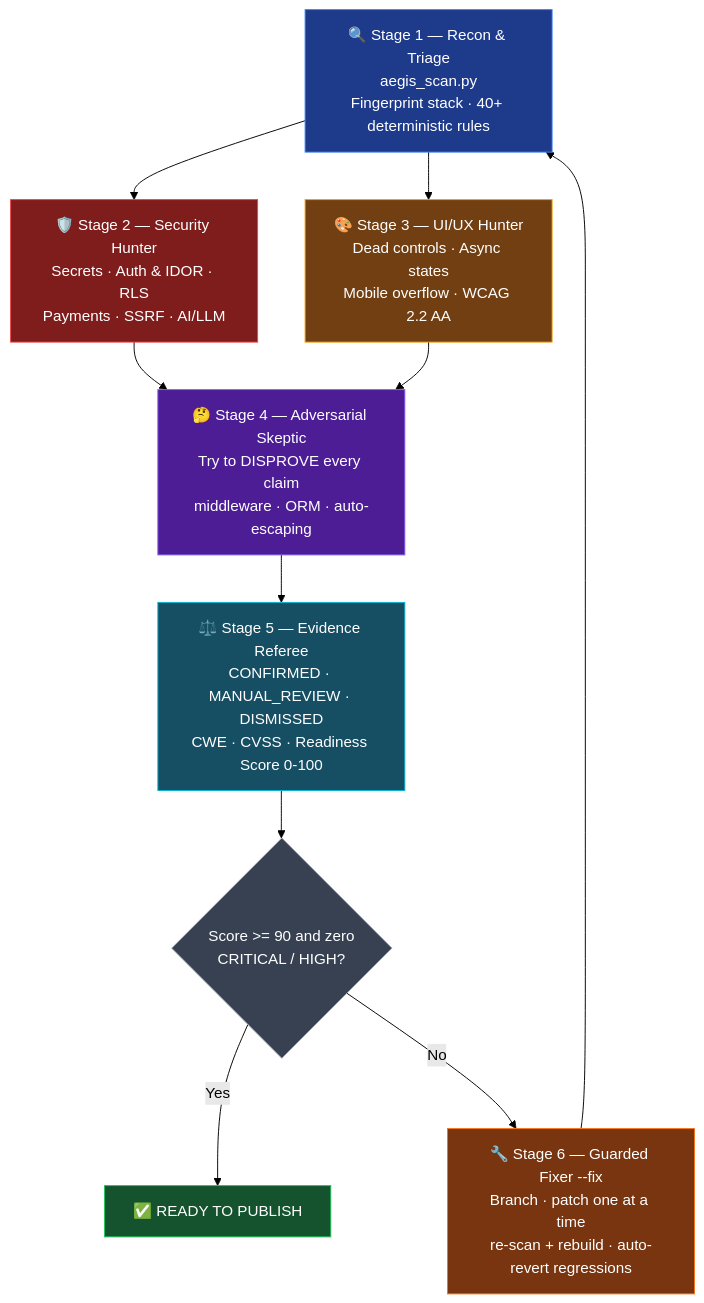
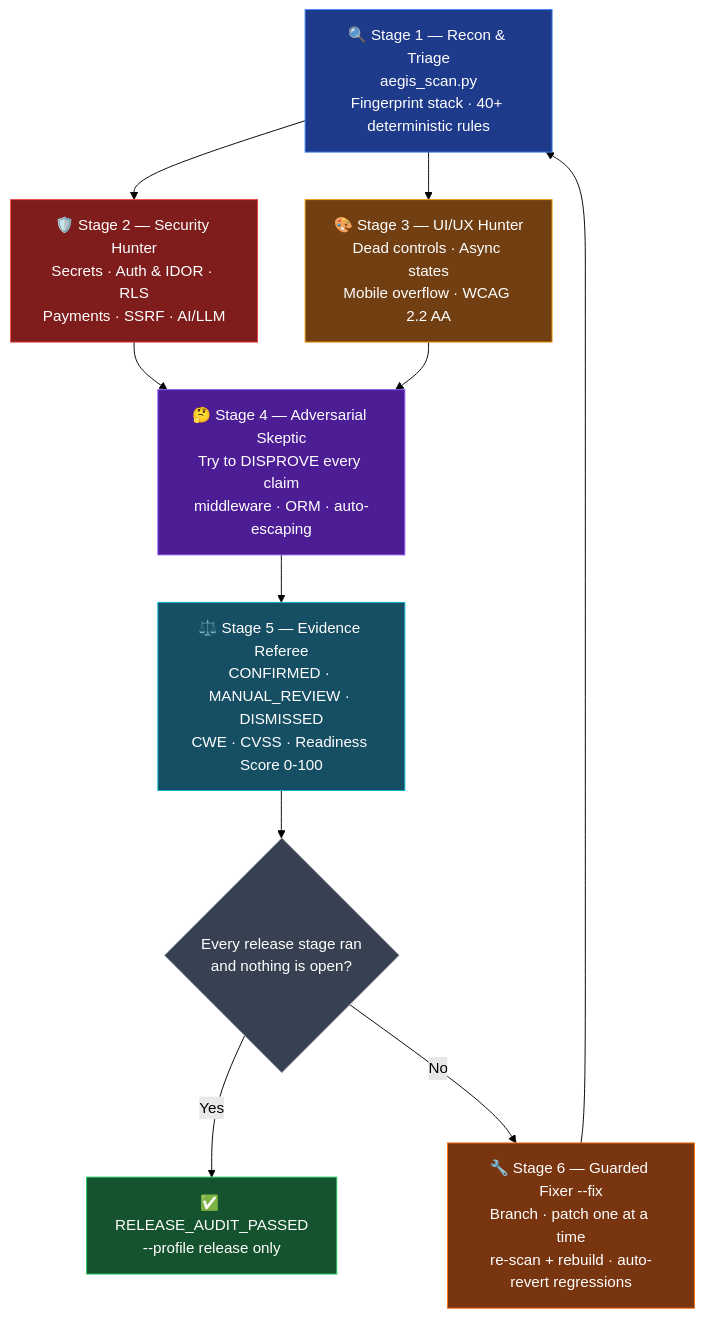
One commit to Tacuns/vibe-aegis changed the diagram in README.md. Above: the diagram before and after it, drawn with Mermaid (forest theme). The commit also changed other lines of this file and 14 other files, not shown here.

````diff
--- a/README.md
+++ b/README.md
@@ -58,30 +58,30 @@
 ```mermaid
 flowchart TD
     A["🔍 Stage 1 — Recon & Triage<br/>aegis_scan.py<br/>Fingerprint stack · 40+ deterministic rules"]
     B["🛡️ Stage 2 — Security Hunter<br/>Secrets · Auth & IDOR · RLS<br/>Payments · SSRF · AI/LLM"]
     C["🎨 Stage 3 — UI/UX Hunter<br/>Dead controls · Async states<br/>Mobile overflow · WCAG 2.2 AA"]
     D["🤔 Stage 4 — Adversarial Skeptic<br/>Try to DISPROVE every claim<br/>middleware · ORM · auto-escaping"]
     E["⚖️ Stage 5 — Evidence Referee<br/>CONFIRMED · MANUAL_REVIEW · DISMISSED<br/>CWE · CVSS · Readiness Score 0-100"]
-    F{"Score >= 90 and zero<br/>CRITICAL / HIGH?"}
-    G["✅ READY TO PUBLISH"]
+    F{"Every release stage ran<br/>and nothing is open?"}
+    G["✅ RELEASE_AUDIT_PASSED<br/>--profile release only"]
     H["🔧 Stage 6 — Guarded Fixer --fix<br/>Branch · patch one at a time<br/>re-scan + rebuild · auto-revert regressions"]
 
     A --> B
     A --> C
     B --> D
     C --> D
     D --> E
     E --> F
     F -->|Yes| G
     F -->|No| H
     H --> A
 
     style A fill:#1e3a8a,stroke:#3b82f6,color:#fff
     style B fill:#7f1d1d,stroke:#ef4444,color:#fff
     style C fill:#713f12,stroke:#f59e0b,color:#fff
     style D fill:#4c1d95,stroke:#8b5cf6,color:#fff
     style E fill:#164e63,stroke:#06b6d4,color:#fff
     style F fill:#374151,stroke:#9ca3af,color:#fff
     style G fill:#14532d,stroke:#22c55e,color:#fff
     style H fill:#78350f,stroke:#f97316,color:#fff
 ```
````
